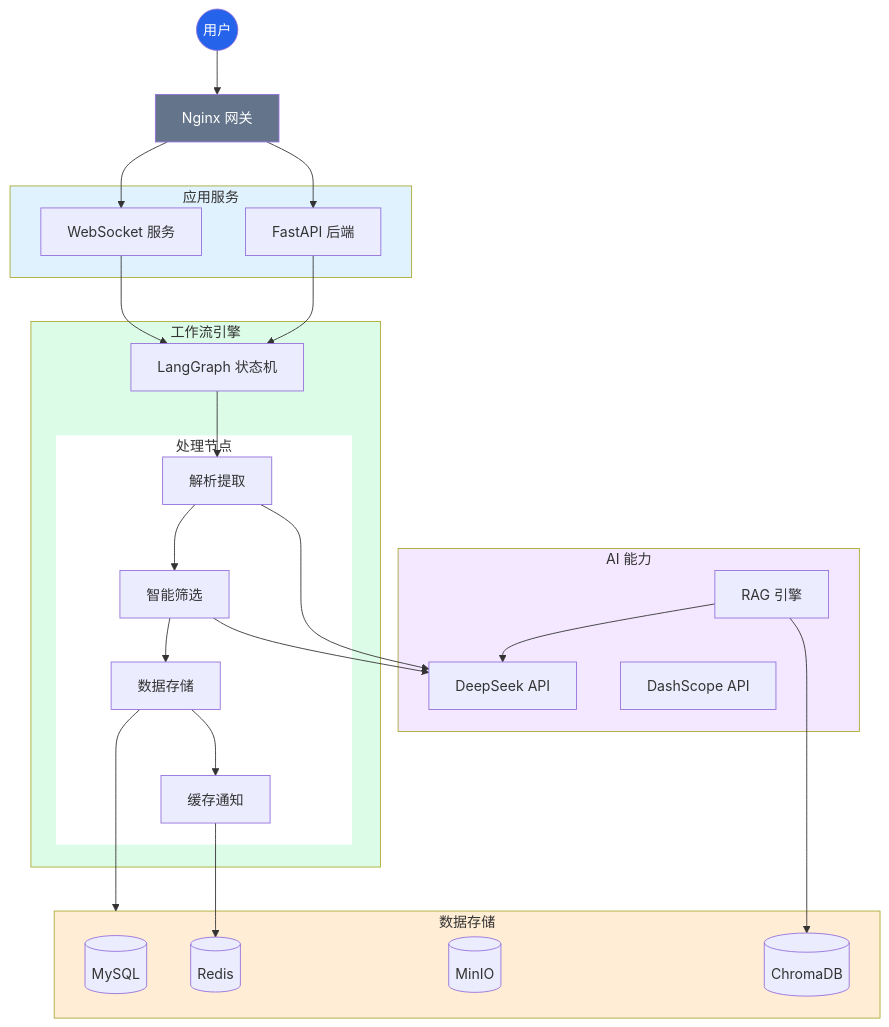
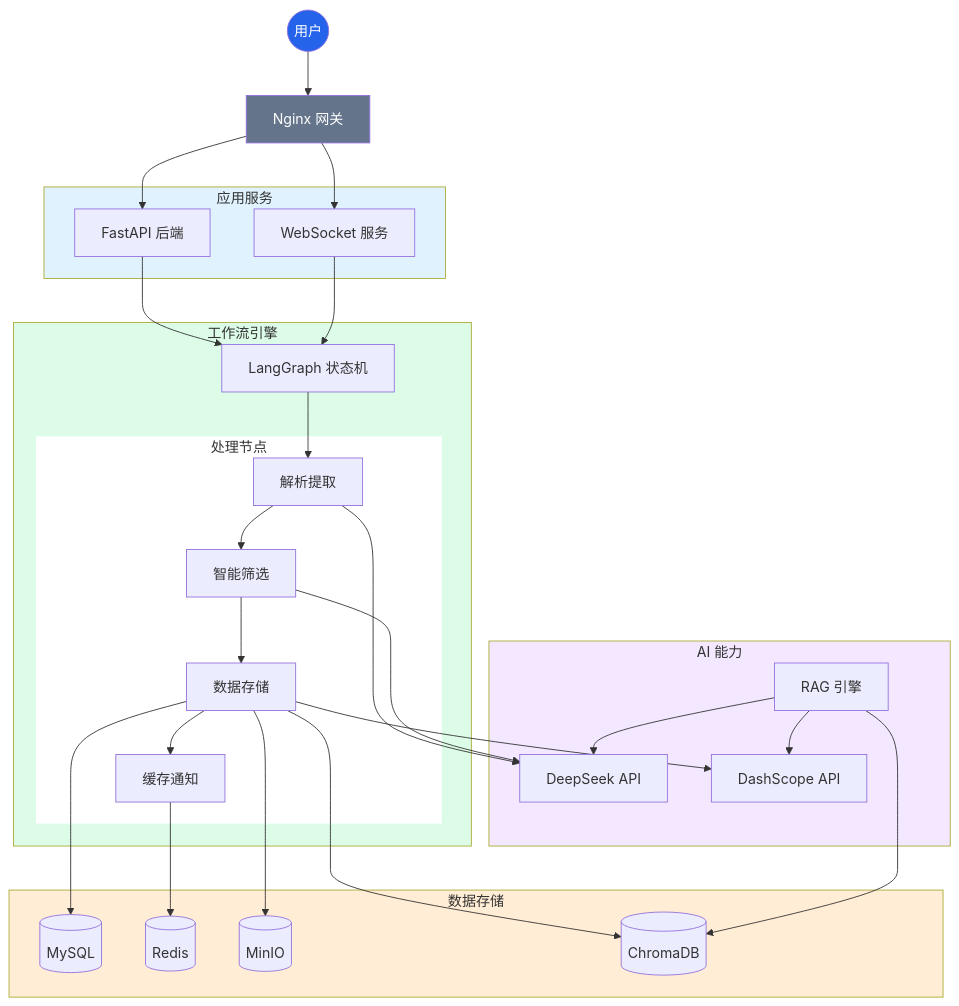
Before and after one commit to xt765/ResumeScreening: the second of 11 diagrams in docs/architecture.md, drawn with Mermaid. The commit also changed 3 other files, not shown here.

Commit message:
docs: refine mermaid diagrams in architecture and blog docs, fix typo in rag_graph

````diff
--- a/docs/architecture.md
+++ b/docs/architecture.md
@@ -63,57 +63,61 @@
 ```mermaid
 graph TD
     User((用户)) --> Nginx[Nginx 网关]
     
     subgraph App_Layer [应用服务]
         API[FastAPI 后端]
         WS[WebSocket 服务]
     end
     
     subgraph Workflow_Layer [工作流引擎]
         LangGraph[LangGraph 状态机]
         
         subgraph Nodes [处理节点]
             N1[解析提取]
             N2[智能筛选]
             N3[数据存储]
             N4[缓存通知]
         end
     end
     
     subgraph AI_Layer [AI 能力]
         LLM[DeepSeek API]
         Embedding[DashScope API]
         RAG[RAG 引擎]
     end
     
     subgraph Data_Layer [数据存储]
         MySQL[(MySQL)]
         Redis[(Redis)]
         MinIO[(MinIO)]
         Chroma[(ChromaDB)]
     end
     
     Nginx --> API
     Nginx --> WS
     
     API --> LangGraph
     WS --> LangGraph
     
     LangGraph --> N1 --> N2 --> N3 --> N4
     
     N1 --> LLM
     N2 --> LLM
-    N3 --> Data_Layer
+    N3 --> MySQL
+    N3 --> MinIO
+    N3 --> Chroma
+    N3 --> Embedding
     N4 --> Redis
     
     RAG --> LLM
     RAG --> Chroma
+    RAG --> Embedding
     
     style User fill:#2563eb,color:#fff
     style Nginx fill:#64748b,color:#fff
     style App_Layer fill:#e0f2fe
     style Workflow_Layer fill:#dcfce7
     style AI_Layer fill:#f3e8ff
     style Data_Layer fill:#ffedd5
     style Nodes fill:#fff,stroke:#dcfce7
 ```
````
